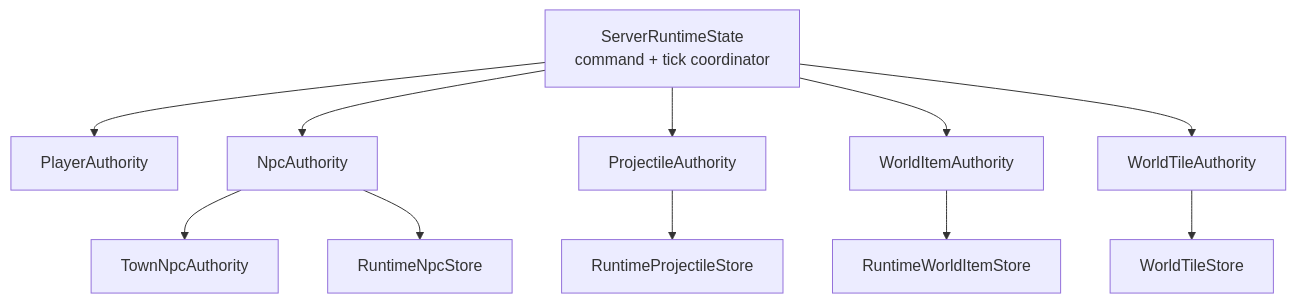
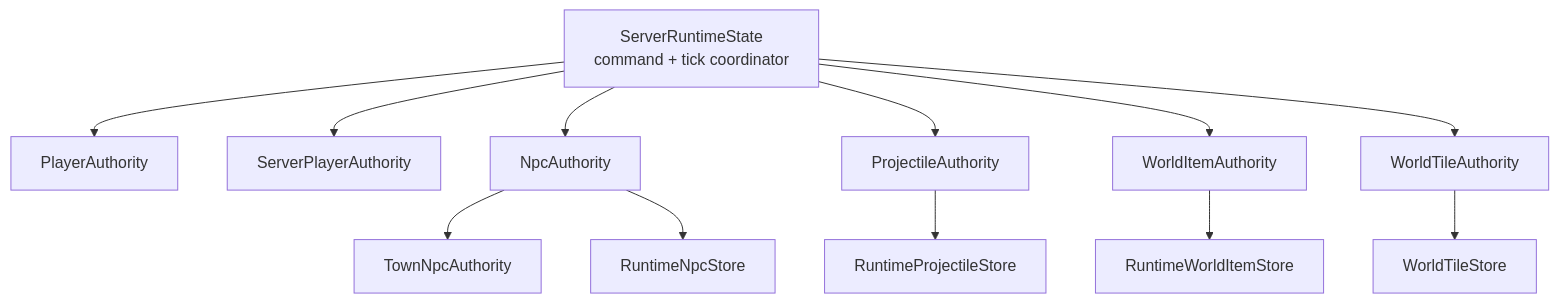
The third of 10 diagrams in docs/en/architecture.md (VegaKernel/TerraRuntime), drawn with Mermaid before and after one commit. The commit also changed other lines of this file and 150 other files, not shown here.

````diff
--- a/docs/en/architecture.md
+++ b/docs/en/architecture.md
@@ -75,13 +77,14 @@
 ```mermaid
 flowchart TD
     State["ServerRuntimeState\ncommand + tick coordinator"] --> Players["PlayerAuthority"]
+    State --> ServerPlayers["ServerPlayerAuthority"]
     State --> Npcs["NpcAuthority"]
     Npcs --> Town["TownNpcAuthority"]
     State --> Projectiles["ProjectileAuthority"]
     State --> Items["WorldItemAuthority"]
     State --> Tiles["WorldTileAuthority"]
     Npcs --> NpcStore["RuntimeNpcStore"]
     Projectiles --> ProjectileStore["RuntimeProjectileStore"]
     Items --> ItemStore["RuntimeWorldItemStore"]
     Tiles --> WorldTiles["WorldTileStore"]
 ```
````
